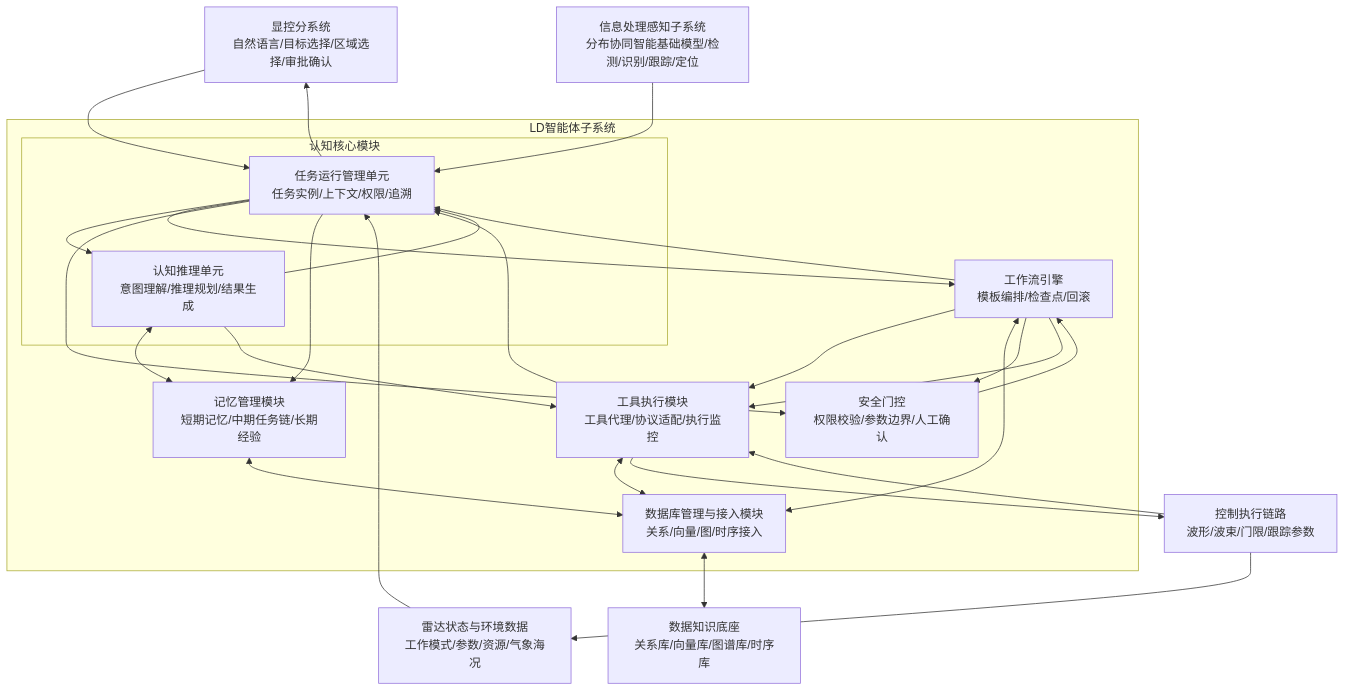
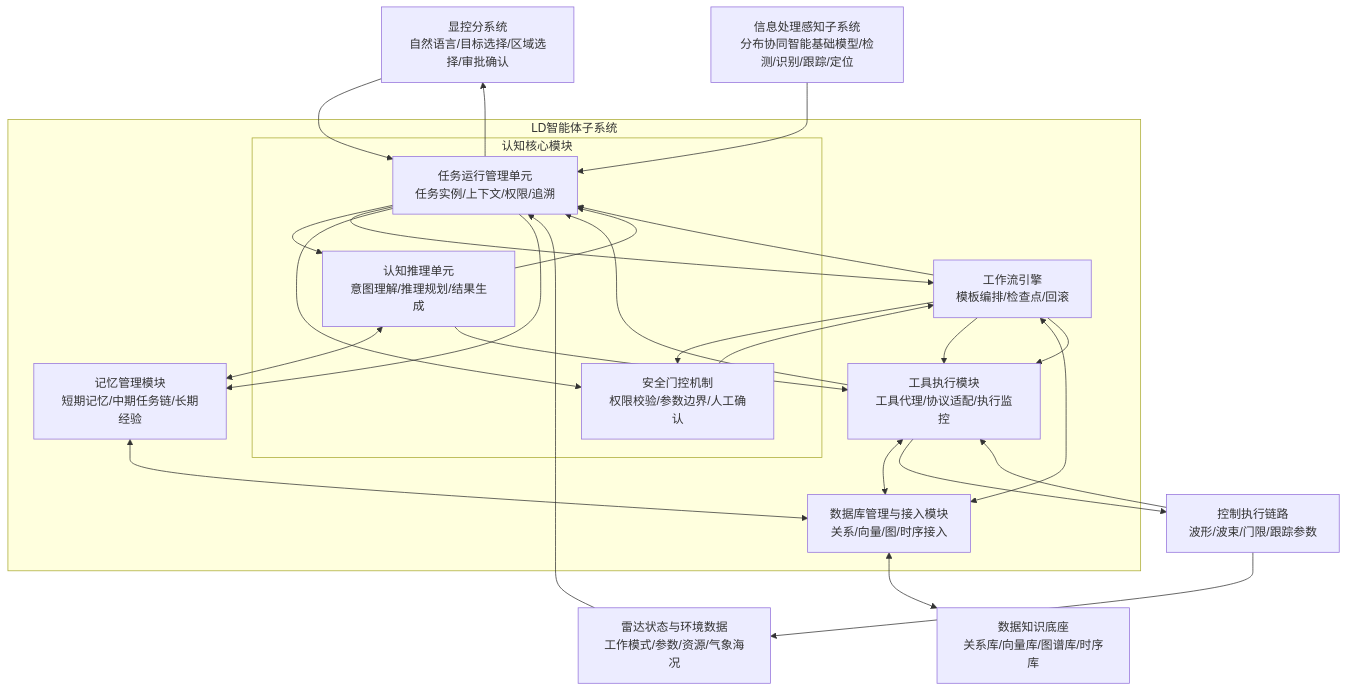
Before and after one commit to StormSeven1/obsidian-vault: the first of 7 diagrams in radar agent/4.3.3.2 LD智能体子系统技术方案.md, drawn with Mermaid. The commit also changed other lines of this file, not shown here.

````diff
--- a/radar agent/4.3.3.2 LD智能体子系统技术方案.md
+++ b/radar agent/4.3.3.2 LD智能体子系统技术方案.md
@@ -21,45 +21,45 @@
 ```mermaid
 graph TB
     J1[显控分系统<br/>自然语言/目标选择/区域选择/审批确认]
     J2[信息处理感知子系统<br/>分布协同智能基础模型/检测/识别/跟踪/定位]
     J3[雷达状态与环境数据<br/>工作模式/参数/资源/气象海况]
     J4[控制执行链路<br/>波形/波束/门限/跟踪参数]
     J5[数据知识底座<br/>关系库/向量库/图谱库/时序库]
 
     subgraph J6[LD智能体子系统]
         subgraph J8[认知核心模块]
             J7[任务运行管理单元<br/>任务实例/上下文/权限/追溯]
             J8A[认知推理单元<br/>意图理解/推理规划/结果生成]
+            J13[安全门控机制<br/>权限校验/参数边界/人工确认]
         end
         J9[记忆管理模块<br/>短期记忆/中期任务链/长期经验]
         J10[工具执行模块<br/>工具代理/协议适配/执行监控]
         J11[工作流引擎<br/>模板编排/检查点/回滚]
         J12[数据库管理与接入模块<br/>关系/向量/图/时序接入]
-        J13[安全门控<br/>权限校验/参数边界/人工确认]
     end
 
     J1 --> J7
     J2 --> J7
     J3 --> J7
     J7 --> J8A
     J8A <--> J9
     J9 <--> J12
     J8A --> J10
     J8A --> J7
     J7 --> J11
     J11 --> J10
     J10 <--> J12
     J11 <--> J12
     J12 <--> J5
     J7 --> J13
     J11 --> J13
     J13 --> J11
     J11 --> J10
     J10 --> J4
     J4 --> J10
     J4 --> J3
     J10 --> J7
     J11 --> J7
     J7 --> J1
     J7 --> J9
 ```
````
